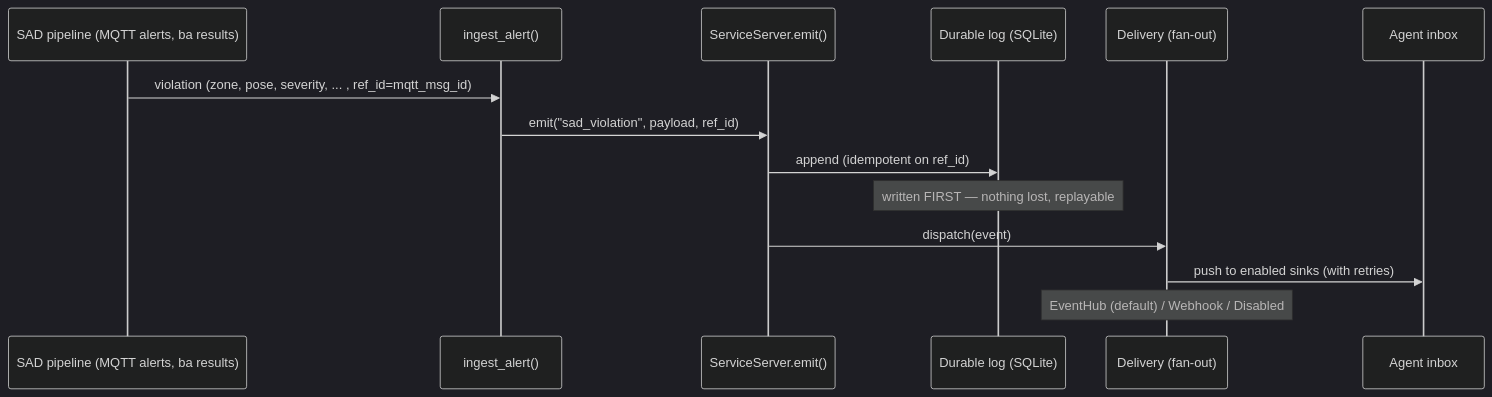
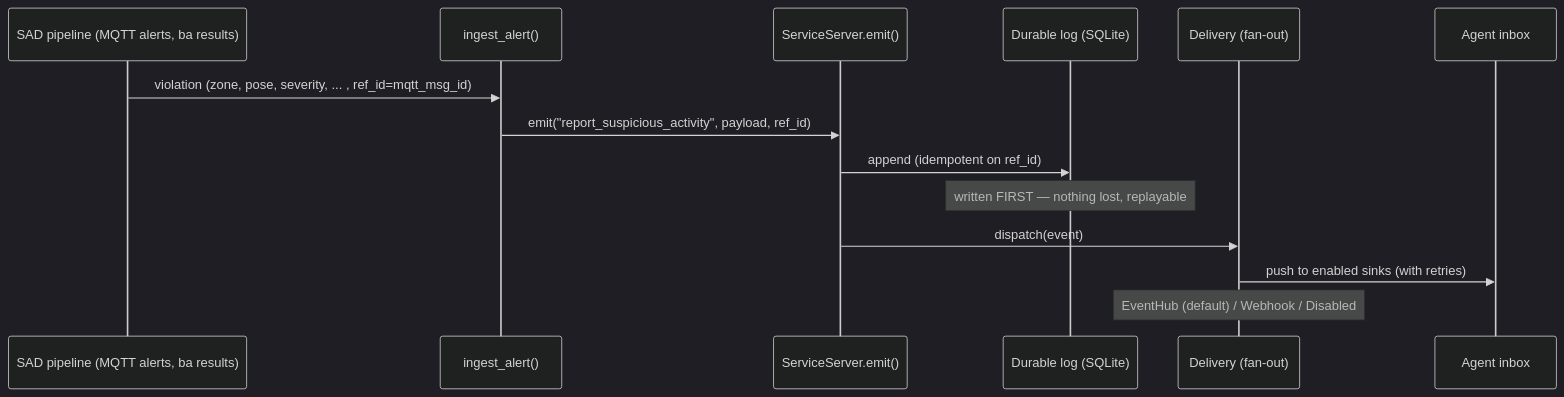
Before and after one commit to sachinkaushik/storewide-loss-prevention: the second of 3 diagrams in suspicious-activity-detection/mcp-service/INTEGRATION.md, drawn with Mermaid (dark theme). The commit also changed other lines of this file and 14 other files, not shown here.

````diff
--- a/suspicious-activity-detection/mcp-service/INTEGRATION.md
+++ b/suspicious-activity-detection/mcp-service/INTEGRATION.md
@@ -145,17 +168,17 @@
 ```mermaid
 sequenceDiagram
     participant P as SAD pipeline (MQTT alerts, ba results)
     participant I as ingest_alert()
     participant SS as ServiceServer.emit()
     participant LOG as Durable log (SQLite)
     participant DEL as Delivery (fan-out)
     participant A as Agent inbox
 
     P->>I: violation (zone, pose, severity, ... , ref_id=mqtt_msg_id)
-    I->>SS: emit("sad_violation", payload, ref_id)
+    I->>SS: emit("report_suspicious_activity", payload, ref_id)
     SS->>LOG: append (idempotent on ref_id)
     Note over LOG: written FIRST — nothing lost, replayable
     SS->>DEL: dispatch(event)
     DEL->>A: push to enabled sinks (with retries)
     Note over DEL: EventHub (default) / Webhook / Disabled
 ```
````
